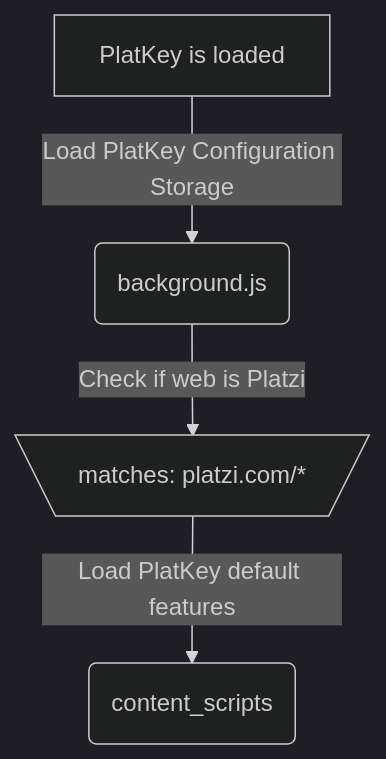
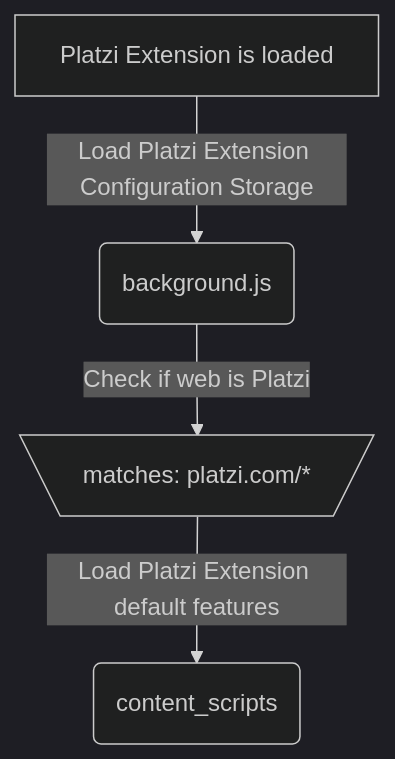
Before and after one commit to marcelo-earth/platkey: the diagram in README.md, drawn with Mermaid (dark theme). The commit also changed other lines of this file, not shown here.

Commit message:
Update README architecture description and diagram with new extension name

````diff
--- a/README.md
+++ b/README.md
@@ -108,6 +108,6 @@
 ```mermaid
 graph TD
-    A[PlatKey is loaded] -->|Load PlatKey Configuration Storage| B(background.js)
+    A[Platzi Extension is loaded] -->|Load Platzi Extension Configuration Storage| B(background.js)
     B --> |Check if web is Platzi| C[\matches: platzi.com/*/]
-    C -->|Load PlatKey default features| D(content_scripts)
+    C -->|Load Platzi Extension default features| D(content_scripts)
 ```
````
